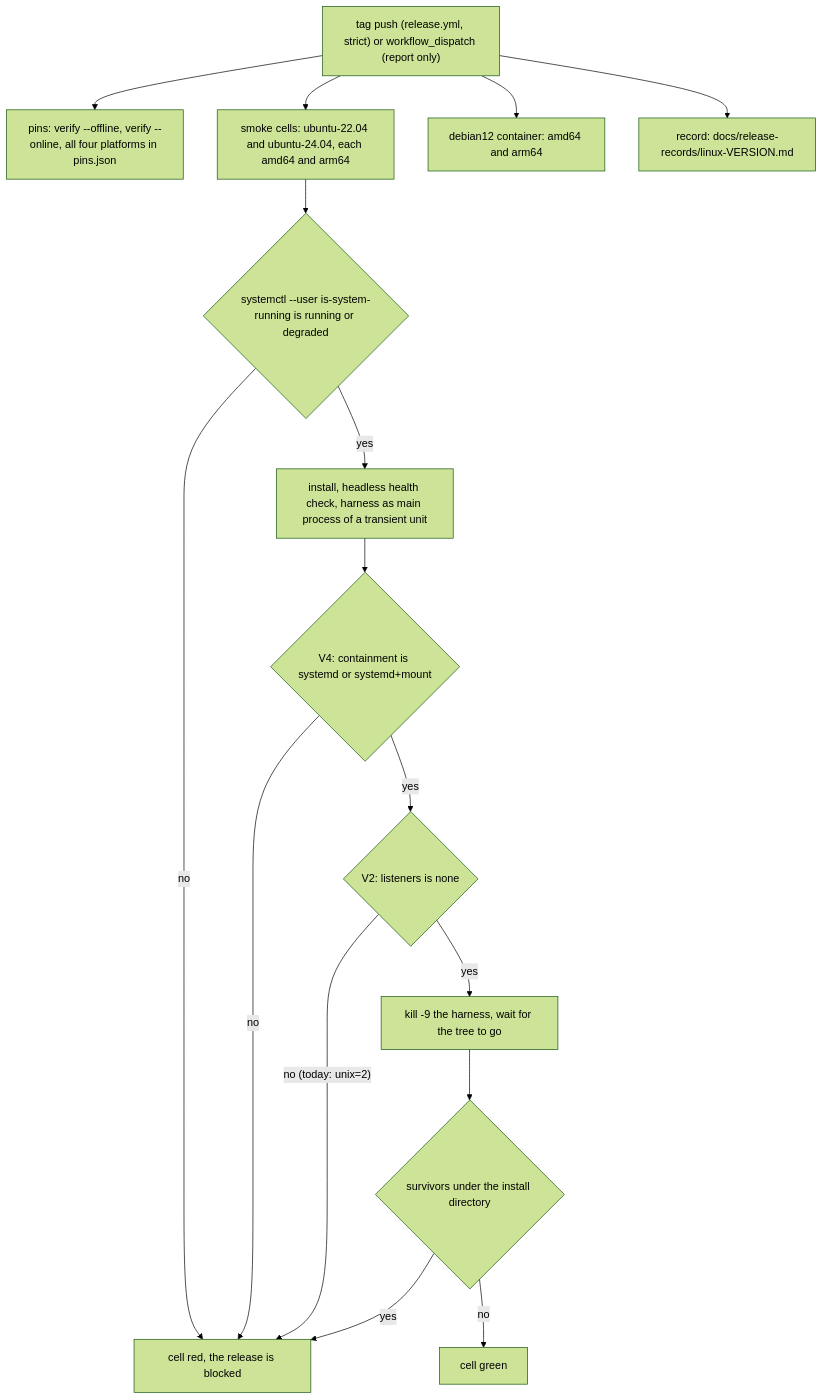
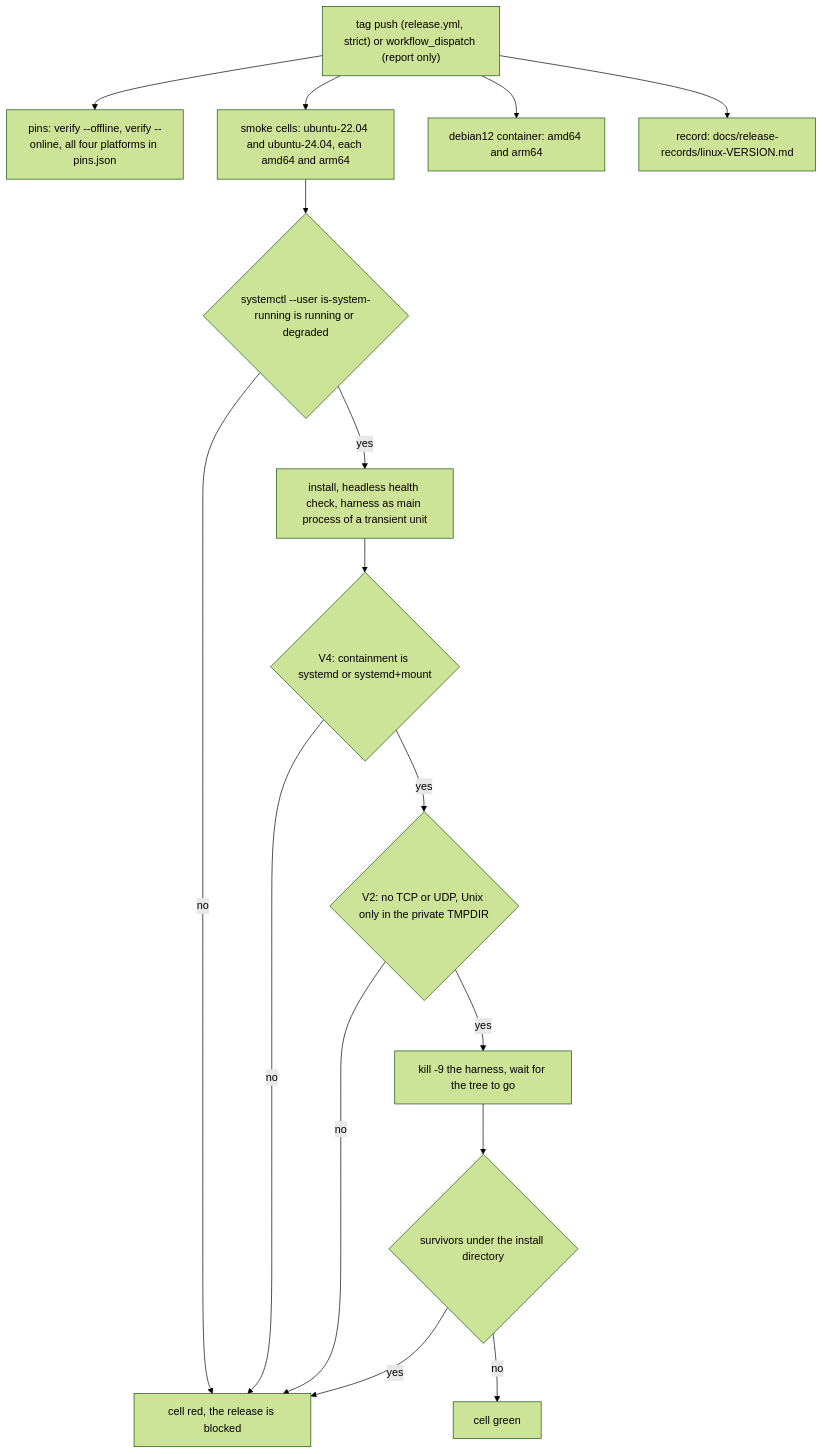
One commit to openabdev/openab-computer changed the second of 2 diagrams in docs/releasing.md. Above: the diagram before and after it, drawn with Mermaid (forest theme). The commit also changed other lines of this file and 7 other files, not shown here.

````diff
--- a/docs/releasing.md
+++ b/docs/releasing.md
@@ -211,29 +211,29 @@
 ```mermaid
 flowchart TB
     start["tag push (release.yml, strict) or workflow_dispatch (report only)"]
     pins["pins: verify --offline, verify --online, all four platforms in pins.json"]
     cells["smoke cells: ubuntu-22.04 and ubuntu-24.04, each amd64 and arm64"]
     deb["debian12 container: amd64 and arm64"]
     rec["record: docs/release-records/linux-VERSION.md"]
     um{"systemctl --user is-system-running is running or degraded"}
     cell["install, headless health check, harness as main process of a transient unit"]
     v4{"V4: containment is systemd or systemd+mount"}
-    v2{"V2: listeners is none"}
+    v2{"V2: no TCP or UDP, Unix only in the private TMPDIR"}
     kill["kill -9 the harness, wait for the tree to go"]
     surv{"survivors under the install directory"}
     ok["cell green"]
     red["cell red, the release is blocked"]
     start --> pins
     start --> cells
     start --> deb
     start --> rec
     cells --> um
     um -- no --> red
     um -- yes --> cell --> v4
     v4 -- no --> red
     v4 -- yes --> v2
-    v2 -- "no (today: unix=2)" --> red
+    v2 -- no --> red
     v2 -- yes --> kill --> surv
     surv -- yes --> red
     surv -- no --> ok
 ```
````
